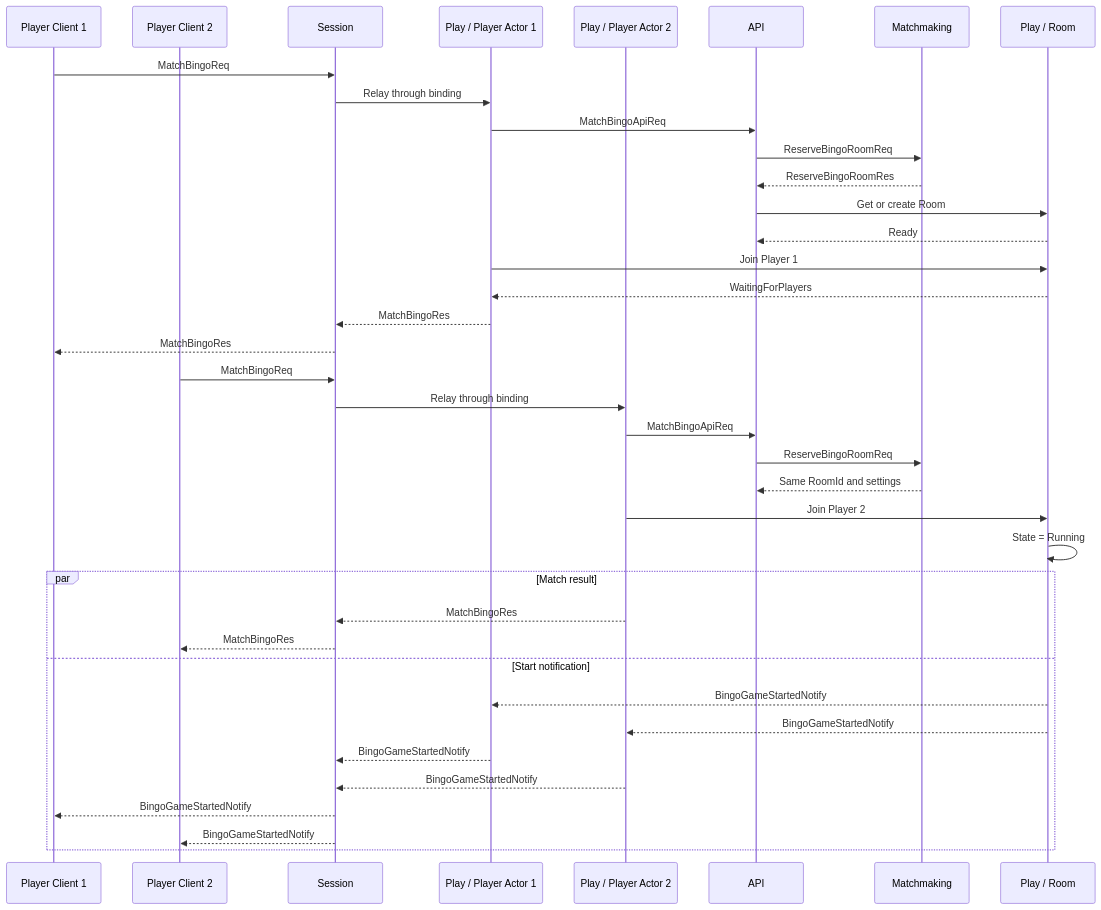
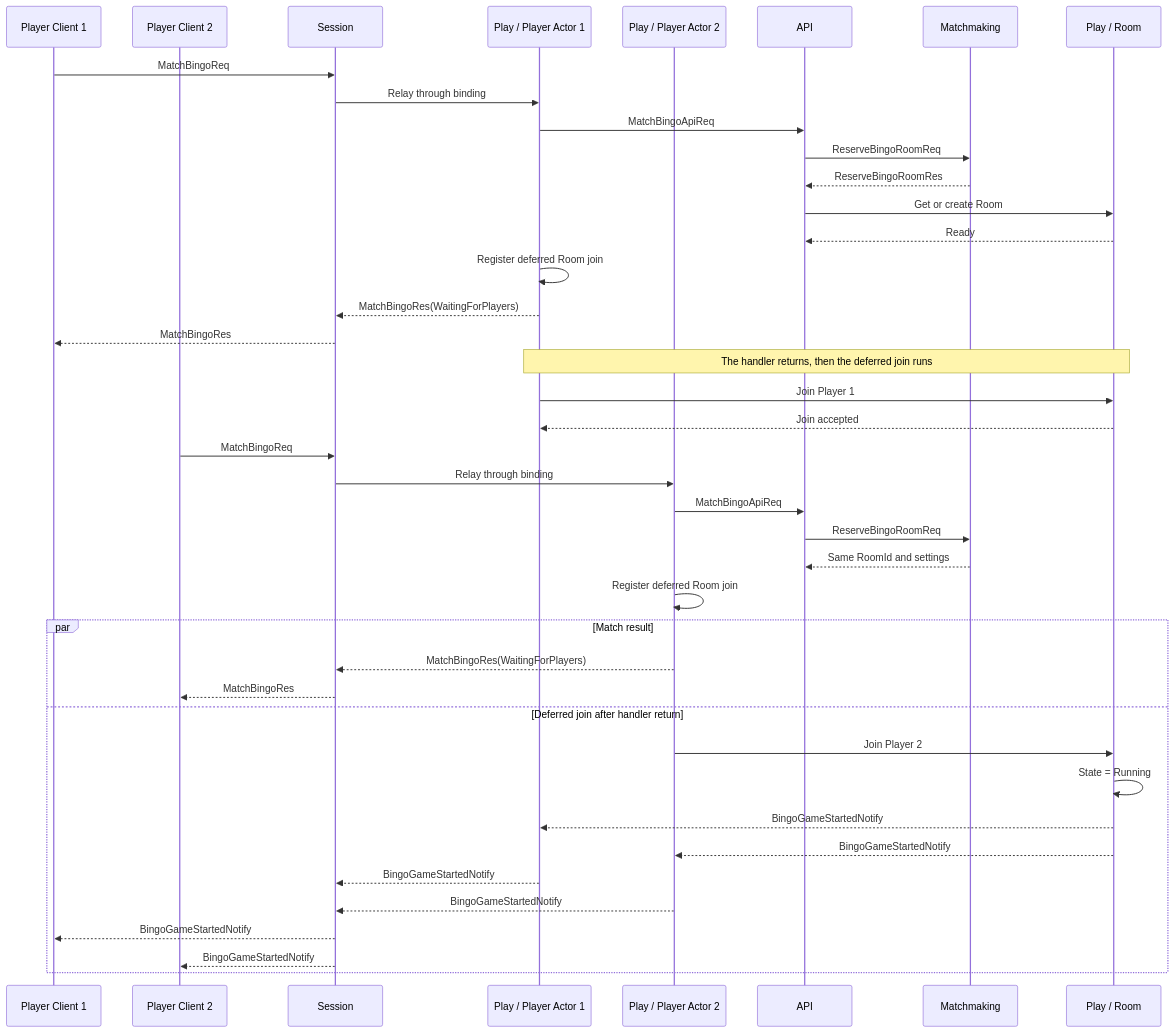
Before and after one commit to zlink-systems/zlink: the third of 6 diagrams in framework/doc/framework/common/sample/bingo/README.en.md, drawn with Mermaid. The commit also changed other lines of this file and 1642 other files, not shown here.

````diff
--- a/framework/doc/framework/common/sample/bingo/README.en.md
+++ b/framework/doc/framework/common/sample/bingo/README.en.md
@@ -437,42 +443,45 @@
 ```mermaid
 sequenceDiagram
     participant Player1 as Player Client 1
     participant Player2 as Player Client 2
     participant Session
     participant Actor1 as Play / Player Actor 1
     participant Actor2 as Play / Player Actor 2
     participant API
     participant Matchmaker as Matchmaking
     participant Room as Play / Room
 
     Player1->>Session: MatchBingoReq
     Session->>Actor1: Relay through binding
     Actor1->>API: MatchBingoApiReq
     API->>Matchmaker: ReserveBingoRoomReq
     Matchmaker-->>API: ReserveBingoRoomRes
     API->>Room: Get or create Room
     Room-->>API: Ready
+    Actor1->>Actor1: Register deferred Room join
+    Actor1-->>Session: MatchBingoRes(WaitingForPlayers)
+    Session-->>Player1: MatchBingoRes
+    Note over Actor1,Room: The handler returns, then the deferred join runs
     Actor1->>Room: Join Player 1
-    Room-->>Actor1: WaitingForPlayers
-    Actor1-->>Session: MatchBingoRes
-    Session-->>Player1: MatchBingoRes
+    Room-->>Actor1: Join accepted
 
     Player2->>Session: MatchBingoReq
     Session->>Actor2: Relay through binding
     Actor2->>API: MatchBingoApiReq
     API->>Matchmaker: ReserveBingoRoomReq
     Matchmaker-->>API: Same RoomId and settings
-    Actor2->>Room: Join Player 2
-    Room->>Room: State = Running
+    Actor2->>Actor2: Register deferred Room join
     par Match result
-        Actor2-->>Session: MatchBingoRes
+        Actor2-->>Session: MatchBingoRes(WaitingForPlayers)
         Session-->>Player2: MatchBingoRes
-    and Start notification
+    and Deferred join after handler return
+        Actor2->>Room: Join Player 2
+        Room->>Room: State = Running
         Room-->>Actor1: BingoGameStartedNotify
         Room-->>Actor2: BingoGameStartedNotify
         Actor1-->>Session: BingoGameStartedNotify
         Actor2-->>Session: BingoGameStartedNotify
         Session-->>Player1: BingoGameStartedNotify
         Session-->>Player2: BingoGameStartedNotify
     end
 ```
````
